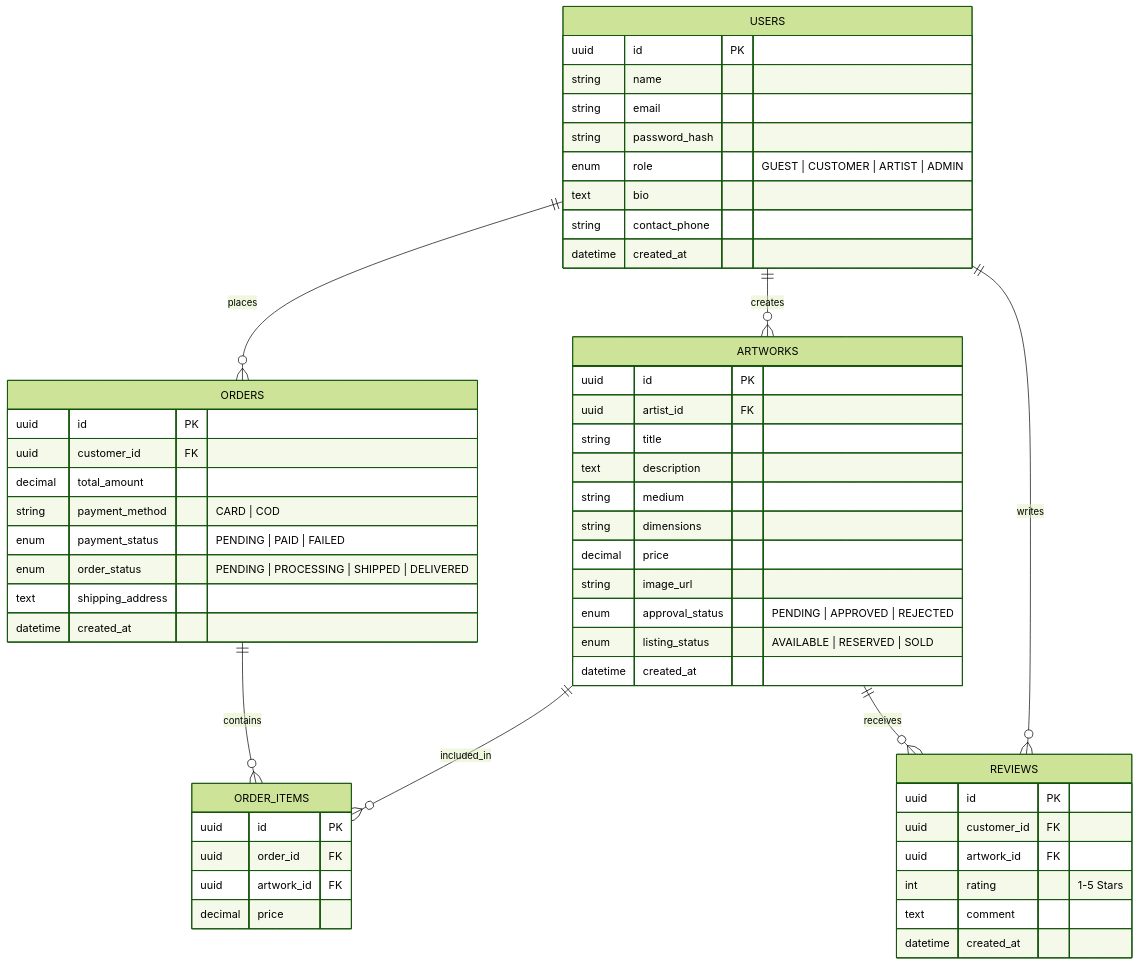
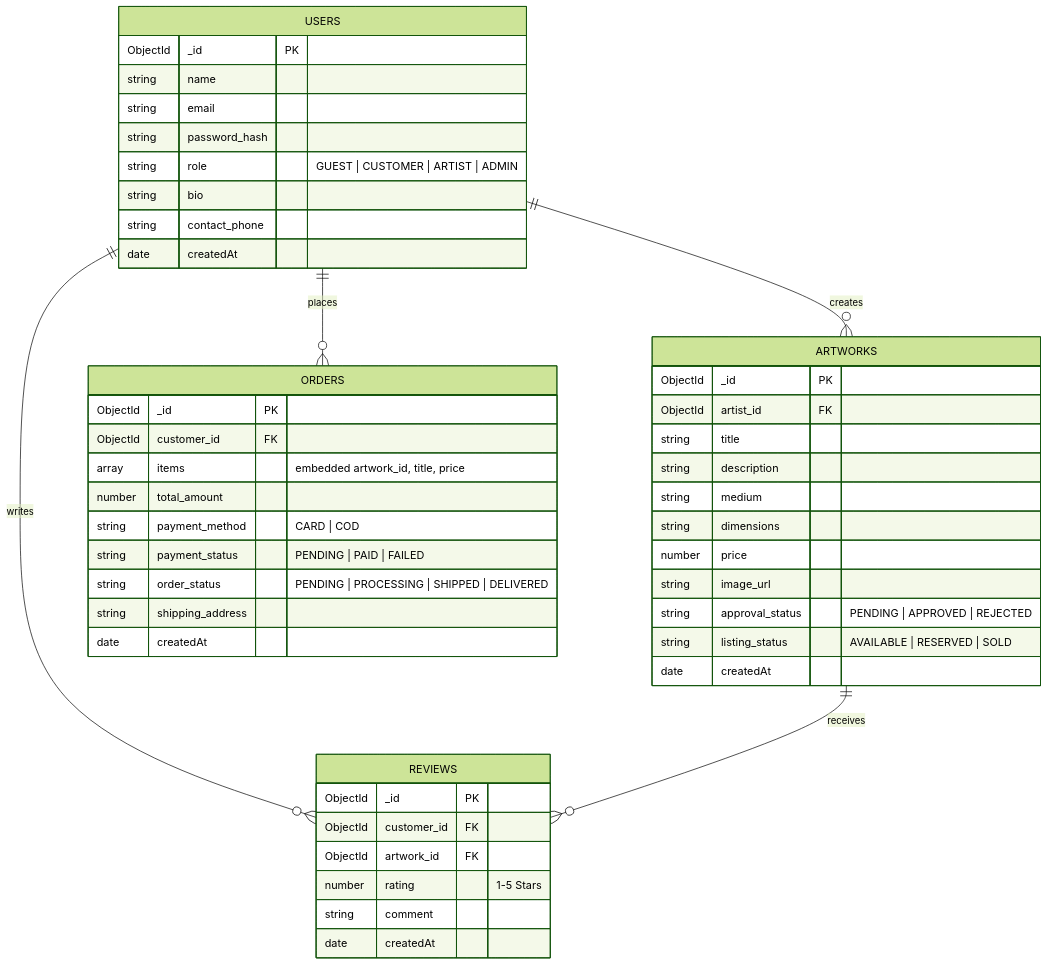
The second of 2 diagrams in SRS.md (Xain-Ul-Abedin/SMT-Project), drawn with Mermaid (forest theme) before and after one commit. The commit also changed other lines of this file and 3 other files, not shown here.

````diff
--- a/SRS.md
+++ b/SRS.md
@@ -148,61 +140,53 @@
 ```mermaid
 erDiagram
     USERS ||--o{ ARTWORKS : creates
     USERS ||--o{ ORDERS : places
     USERS ||--o{ REVIEWS : writes
-    ARTWORKS ||--o{ ORDER_ITEMS : included_in
     ARTWORKS ||--o{ REVIEWS : receives
-    ORDERS ||--o{ ORDER_ITEMS : contains
 
     USERS {
-        uuid id PK
+        ObjectId _id PK
         string name
         string email
         string password_hash
-        enum role "GUEST | CUSTOMER | ARTIST | ADMIN"
-        text bio
+        string role "GUEST | CUSTOMER | ARTIST | ADMIN"
+        string bio
         string contact_phone
-        datetime created_at
+        date createdAt
     }
 
     ARTWORKS {
-        uuid id PK
-        uuid artist_id FK
+        ObjectId _id PK
+        ObjectId artist_id FK
         string title
-        text description
+        string description
         string medium
         string dimensions
-        decimal price
+        number price
         string image_url
-        enum approval_status "PENDING | APPROVED | REJECTED"
-        enum listing_status "AVAILABLE | RESERVED | SOLD"
-        datetime created_at
+        string approval_status "PENDING | APPROVED | REJECTED"
+        string listing_status "AVAILABLE | RESERVED | SOLD"
+        date createdAt
     }
 
     ORDERS {
-        uuid id PK
-        uuid customer_id FK
-        decimal total_amount
+        ObjectId _id PK
+        ObjectId customer_id FK
+        array items "embedded artwork_id, title, price"
+        number total_amount
         string payment_method "CARD | COD"
-        enum payment_status "PENDING | PAID | FAILED"
-        enum order_status "PENDING | PROCESSING | SHIPPED | DELIVERED"
-        text shipping_address
-        datetime created_at
-    }
-
-    ORDER_ITEMS {
-        uuid id PK
-        uuid order_id FK
-        uuid artwork_id FK
-        decimal price
+        string payment_status "PENDING | PAID | FAILED"
+        string order_status "PENDING | PROCESSING | SHIPPED | DELIVERED"
+        string shipping_address
+        date createdAt
     }
 
     REVIEWS {
-        uuid id PK
-        uuid customer_id FK
-        uuid artwork_id FK
-        int rating "1-5 Stars"
-        text comment
-        datetime created_at
+        ObjectId _id PK
+        ObjectId customer_id FK
+        ObjectId artwork_id FK
+        number rating "1-5 Stars"
+        string comment
+        date createdAt
     }
 ```
````
